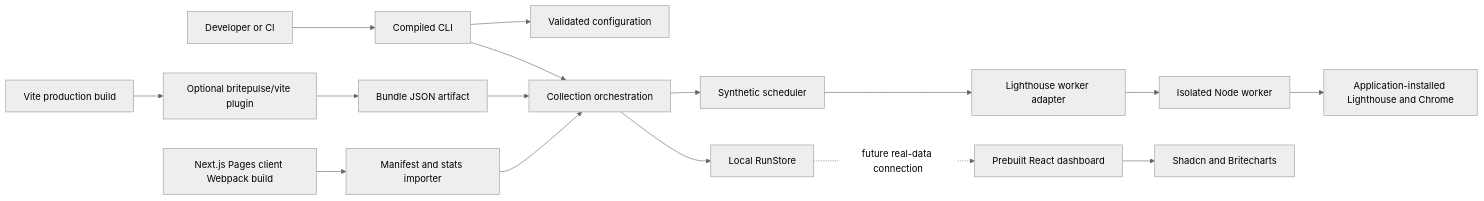
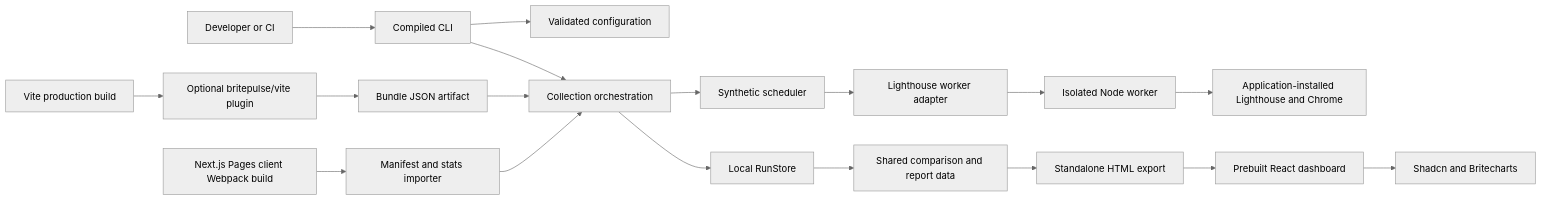
The first of 3 diagrams in Architecture.md (Golodhros/britepulse), drawn with Mermaid (neutral theme) before and after one commit. The commit also changed other lines of this file and 38 other files, not shown here.

Commit message:
feat: compare stored runs and export Britecharts reports

````diff
--- a/Architecture.md
+++ b/Architecture.md
@@ -9,18 +9,20 @@
 ```mermaid
 flowchart LR
   User[Developer or CI] --> CLI[Compiled CLI]
   CLI --> Config[Validated configuration]
   CLI --> Collect[Collection orchestration]
   Collect --> Store[Local RunStore]
   Collect --> Schedule[Synthetic scheduler]
   Schedule --> Adapter[Lighthouse worker adapter]
   Adapter --> Worker[Isolated Node worker]
   Worker --> Chrome[Application-installed Lighthouse and Chrome]
   App[Vite production build] --> Plugin[Optional britepulse/vite plugin]
   Plugin --> Artifact[Bundle JSON artifact]
   Artifact --> Collect
   Next[Next.js Pages client Webpack build] --> NextImport[Manifest and stats importer]
   NextImport --> Collect
-  Store -. future real-data connection .-> UI[Prebuilt React dashboard]
+  Store --> Compare[Shared comparison and report data]
+  Compare --> Export[Standalone HTML export]
+  Export --> UI[Prebuilt React dashboard]
   UI --> Charts[Shadcn and Britecharts]
 ```
````
